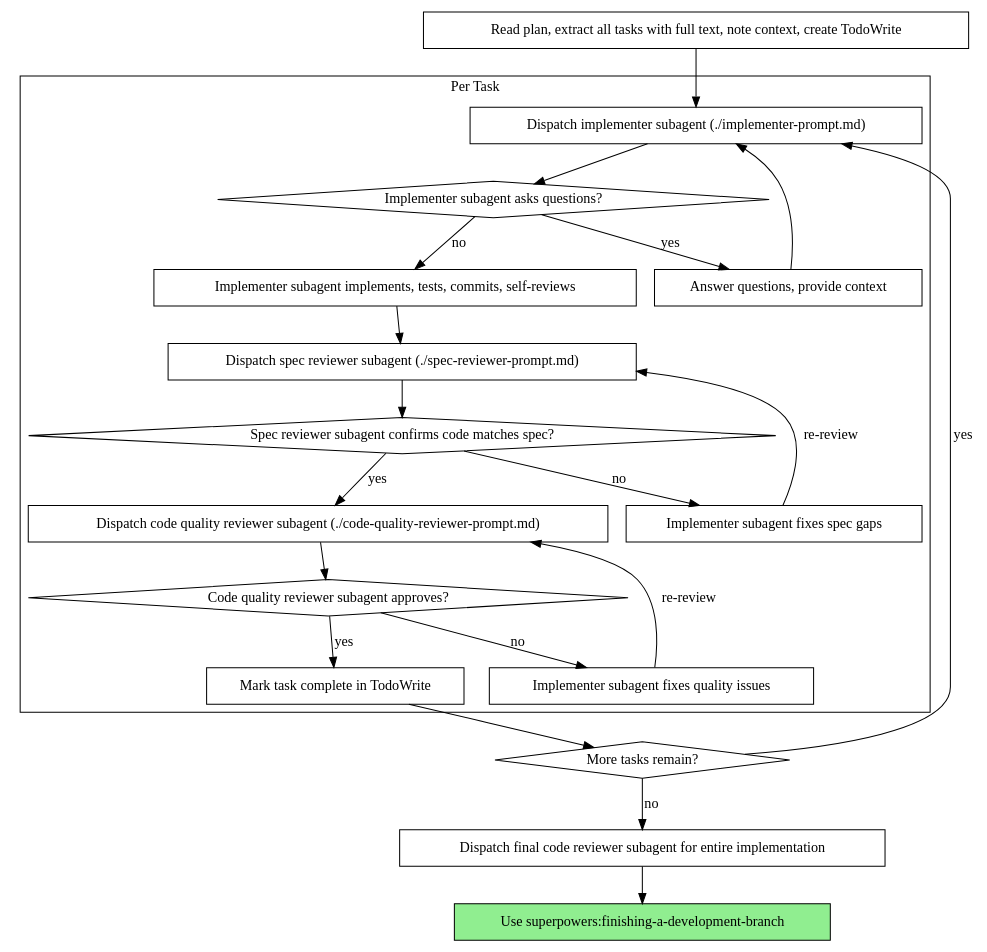
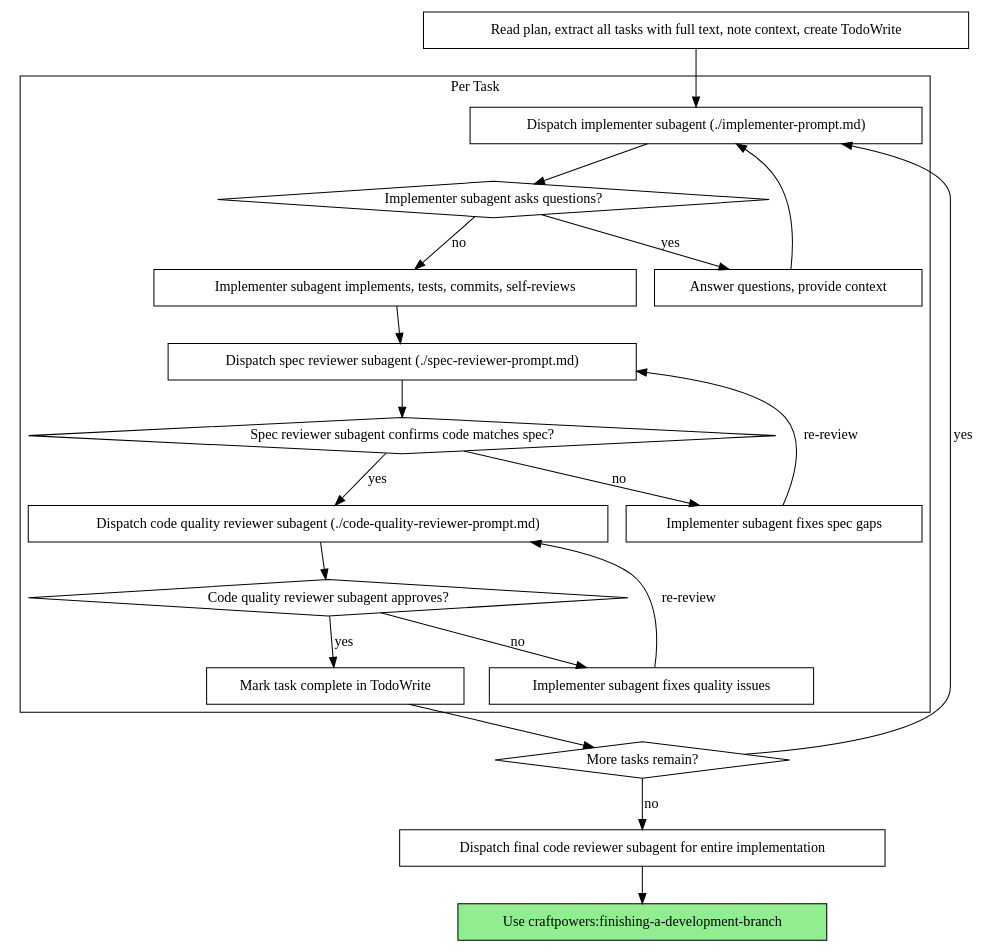
Before and after one commit to anhdt19942020/craftpowers: the second of 2 diagrams in skills/subagent-driven-development/SKILL.md, drawn with Graphviz. The commit also changed other lines of this file and 11 other files, not shown here.

First line of the commit message:
fix: replace superpowers: skill references with craftpowers: across all skills

````diff
--- a/skills/subagent-driven-development/SKILL.md
+++ b/skills/subagent-driven-development/SKILL.md
@@ -43,44 +43,44 @@
 ```dot
 digraph process {
     rankdir=TB;
 
     subgraph cluster_per_task {
         label="Per Task";
         "Dispatch implementer subagent (./implementer-prompt.md)" [shape=box];
         "Implementer subagent asks questions?" [shape=diamond];
         "Answer questions, provide context" [shape=box];
         "Implementer subagent implements, tests, commits, self-reviews" [shape=box];
         "Dispatch spec reviewer subagent (./spec-reviewer-prompt.md)" [shape=box];
         "Spec reviewer subagent confirms code matches spec?" [shape=diamond];
         "Implementer subagent fixes spec gaps" [shape=box];
         "Dispatch code quality reviewer subagent (./code-quality-reviewer-prompt.md)" [shape=box];
         "Code quality reviewer subagent approves?" [shape=diamond];
         "Implementer subagent fixes quality issues" [shape=box];
         "Mark task complete in TodoWrite" [shape=box];
     }
 
     "Read plan, extract all tasks with full text, note context, create TodoWrite" [shape=box];
     "More tasks remain?" [shape=diamond];
     "Dispatch final code reviewer subagent for entire implementation" [shape=box];
-    "Use superpowers:finishing-a-development-branch" [shape=box style=filled fillcolor=lightgreen];
+    "Use craftpowers:finishing-a-development-branch" [shape=box style=filled fillcolor=lightgreen];
 
     "Read plan, extract all tasks with full text, note context, create TodoWrite" -> "Dispatch implementer subagent (./implementer-prompt.md)";
     "Dispatch implementer subagent (./implementer-prompt.md)" -> "Implementer subagent asks questions?";
     "Implementer subagent asks questions?" -> "Answer questions, provide context" [label="yes"];
     "Answer questions, provide context" -> "Dispatch implementer subagent (./implementer-prompt.md)";
     "Implementer subagent asks questions?" -> "Implementer subagent implements, tests, commits, self-reviews" [label="no"];
     "Implementer subagent implements, tests, commits, self-reviews" -> "Dispatch spec reviewer subagent (./spec-reviewer-prompt.md)";
     "Dispatch spec reviewer subagent (./spec-reviewer-prompt.md)" -> "Spec reviewer subagent confirms code matches spec?";
     "Spec reviewer subagent confirms code matches spec?" -> "Implementer subagent fixes spec gaps" [label="no"];
     "Implementer subagent fixes spec gaps" -> "Dispatch spec reviewer subagent (./spec-reviewer-prompt.md)" [label="re-review"];
     "Spec reviewer subagent confirms code matches spec?" -> "Dispatch code quality reviewer subagent (./code-quality-reviewer-prompt.md)" [label="yes"];
     "Dispatch code quality reviewer subagent (./code-quality-reviewer-prompt.md)" -> "Code quality reviewer subagent approves?";
     "Code quality reviewer subagent approves?" -> "Implementer subagent fixes quality issues" [label="no"];
     "Implementer subagent fixes quality issues" -> "Dispatch code quality reviewer subagent (./code-quality-reviewer-prompt.md)" [label="re-review"];
     "Code quality reviewer subagent approves?" -> "Mark task complete in TodoWrite" [label="yes"];
     "Mark task complete in TodoWrite" -> "More tasks remain?";
     "More tasks remain?" -> "Dispatch implementer subagent (./implementer-prompt.md)" [label="yes"];
     "More tasks remain?" -> "Dispatch final code reviewer subagent for entire implementation" [label="no"];
-    "Dispatch final code reviewer subagent for entire implementation" -> "Use superpowers:finishing-a-development-branch";
+    "Dispatch final code reviewer subagent for entire implementation" -> "Use craftpowers:finishing-a-development-branch";
 }
 ```
````
